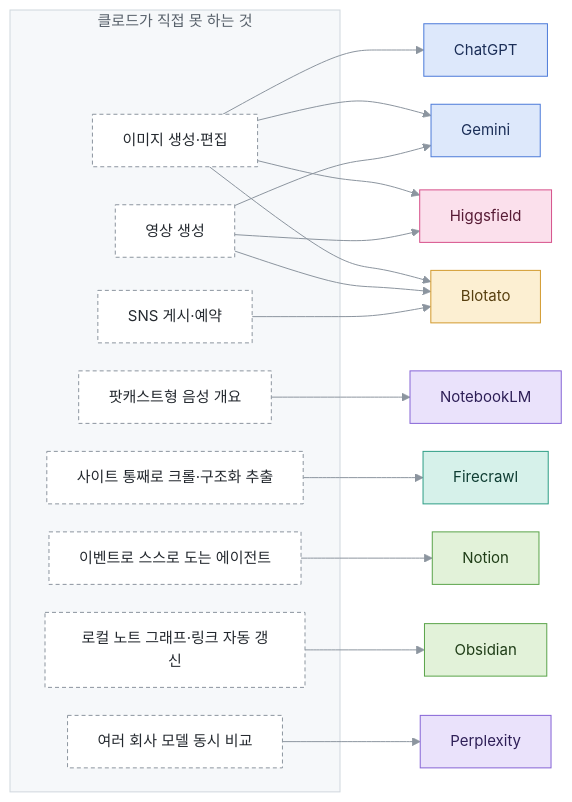
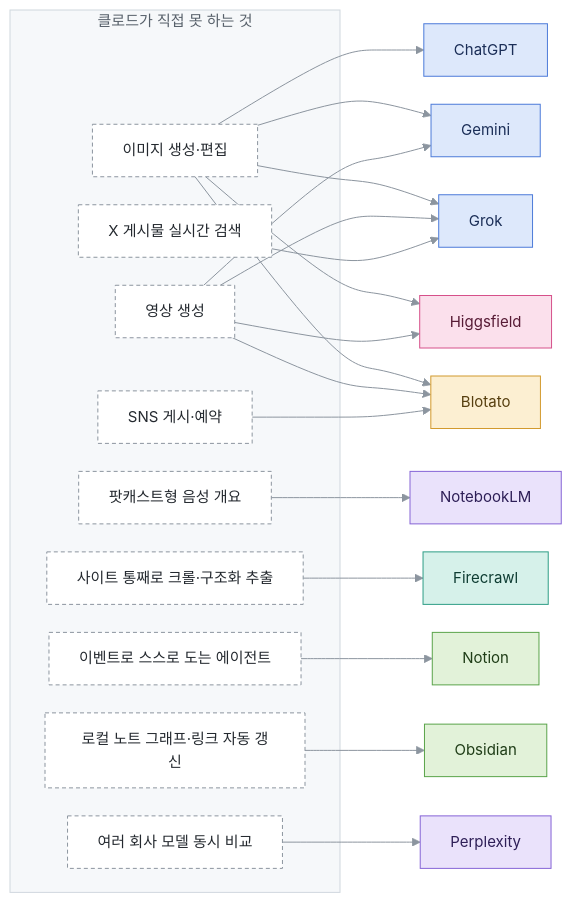
One commit to Ruminem/ai-crew-atlas changed the second of 3 diagrams in TOOLS.md. Above: the diagram before and after it, drawn with Mermaid. The commit also changed other lines of this file and 5 other files, not shown here.

Commit message:
Grok 과 Jev 항목을 새로 넣음. Grok 은 범용 칸에 두고 X 게시물 실시간 검색을 클로드의 빈자리로 더했고, 글 대신 선택지·점수·확률만 돌려주는 Jev 는 새 역할 판정(갈색)으로 둠. 목차·한눈에 보기·관계도·앞뒤 단추·빌드 기대 개수(12)·README·CHANGELOG·조사 시간 표를 같이 고침

````diff
--- a/TOOLS.md
+++ b/TOOLS.md
@@ -95,43 +104,47 @@
 ```mermaid
 %%{init: {"theme": "base", "themeVariables": {"fontSize": "15px", "primaryTextColor": "#1F2328", "textColor": "#1F2328", "lineColor": "#8C959F", "edgeLabelBackground": "#FFFFFF", "clusterBkg": "#F6F8FA", "clusterBorder": "#D0D7DE", "titleColor": "#57606A"}, "flowchart": {"curve": "basis", "nodeSpacing": 28, "rankSpacing": 70}}}%%
 flowchart LR
     subgraph 클로드가 직접 못 하는 것
         IMG["이미지 생성·편집"]
         VID["영상 생성"]
         AUD["팟캐스트형 음성 개요"]
         CRAWL["사이트 통째로 크롤·구조화 추출"]
         SNS["SNS 게시·예약"]
         EVT["이벤트로 스스로 도는 에이전트"]
         LOCAL["로컬 노트 그래프·링크 자동 갱신"]
         MULTI["여러 회사 모델 동시 비교"]
+        XS["X 게시물 실시간 검색"]
     end
 
     IMG --> GPT["ChatGPT"]
     IMG --> GEM["Gemini"]
+    IMG --> GRK["Grok"]
     IMG --> HF["Higgsfield"]
     IMG --> BL["Blotato"]
     VID --> GEM
+    VID --> GRK
     VID --> HF
     VID --> BL
     AUD --> NLM["NotebookLM"]
     CRAWL --> FC["Firecrawl"]
     SNS --> BL
     EVT --> NO["Notion"]
     LOCAL --> OB["Obsidian"]
     MULTI --> PPX["Perplexity"]
+    XS --> GRK
 
     classDef gap fill:#FFFFFF,stroke:#8C959F,stroke-dasharray:4 3,color:#24292F
     classDef general fill:#DDE8FB,stroke:#4C7BD9,color:#1B2E57
     classDef research fill:#EAE2FB,stroke:#8664D6,color:#2E1F57
     classDef collect fill:#D6F1EA,stroke:#2E9E86,color:#0F3D33
     classDef create fill:#FBE0EC,stroke:#D6508A,color:#571B35
     classDef publish fill:#FCEFD2,stroke:#D29A2E,color:#573F0F
     classDef record fill:#E2F2D9,stroke:#5AA44A,color:#1F3D17
-    class IMG,VID,AUD,CRAWL,SNS,EVT,LOCAL,MULTI gap
-    class GPT,GEM general
+    class IMG,VID,AUD,CRAWL,SNS,EVT,LOCAL,MULTI,XS gap
+    class GPT,GEM,GRK general
     class PPX,NLM research
     class FC collect
     class HF create
     class BL publish
     class NO,OB record
 ```
````
